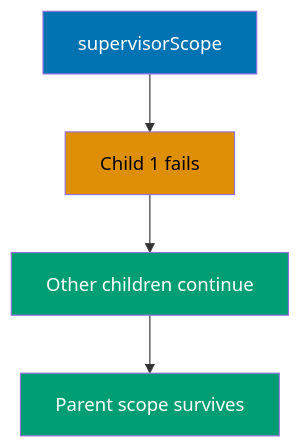
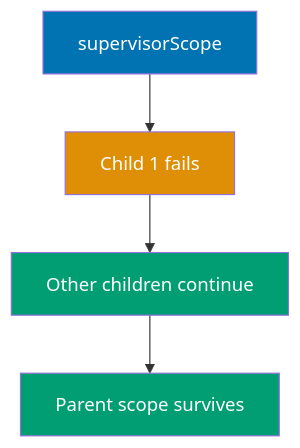
One commit to wahidyankf/open-sharia-enterprise changed the second of 22 diagrams in apps/ayokoding-web/content/en/learn/software-engineering/programming-languages/kotlin/by-example/advanced.md. Above: the diagram before and after it, drawn with Mermaid. The commit also changed other lines of this file and 61 other files, not shown here.

First line of the commit message:
fix(ayokoding-web): quote Mermaid node labels with special characters in Example 63

````diff
--- a/apps/ayokoding-web/content/en/learn/software-engineering/programming-languages/kotlin/by-example/advanced.md
+++ b/apps/ayokoding-web/content/en/learn/software-engineering/programming-languages/kotlin/by-example/advanced.md
@@ -32,11 +32,11 @@
 ```mermaid
 graph TD
     E[supervisorScope] --> F[Child 1 fails]
     F --> G[Other children continue]
     G --> H[Parent scope survives]
 
     style E fill:#0173B2,color:#fff
-    style F fill:#DE8F05,color:#000
+    style F fill:#DE8F05,color:#fff
     style G fill:#029E73,color:#fff
     style H fill:#029E73,color:#fff
 ```
````
